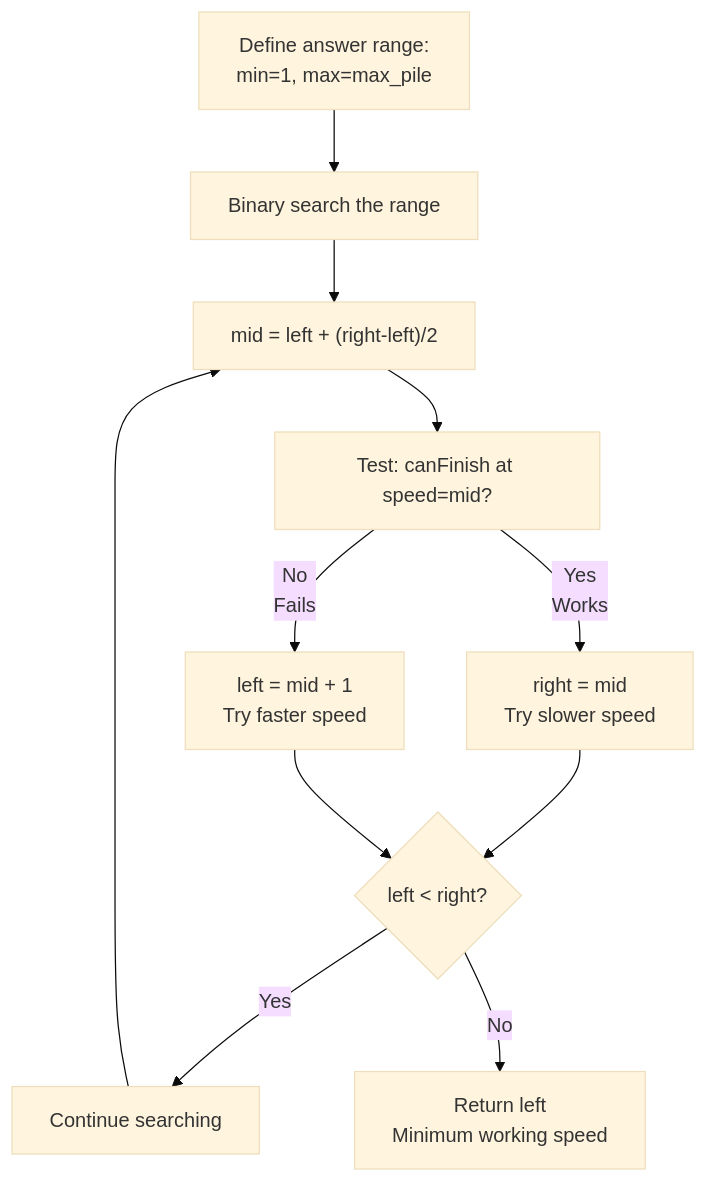
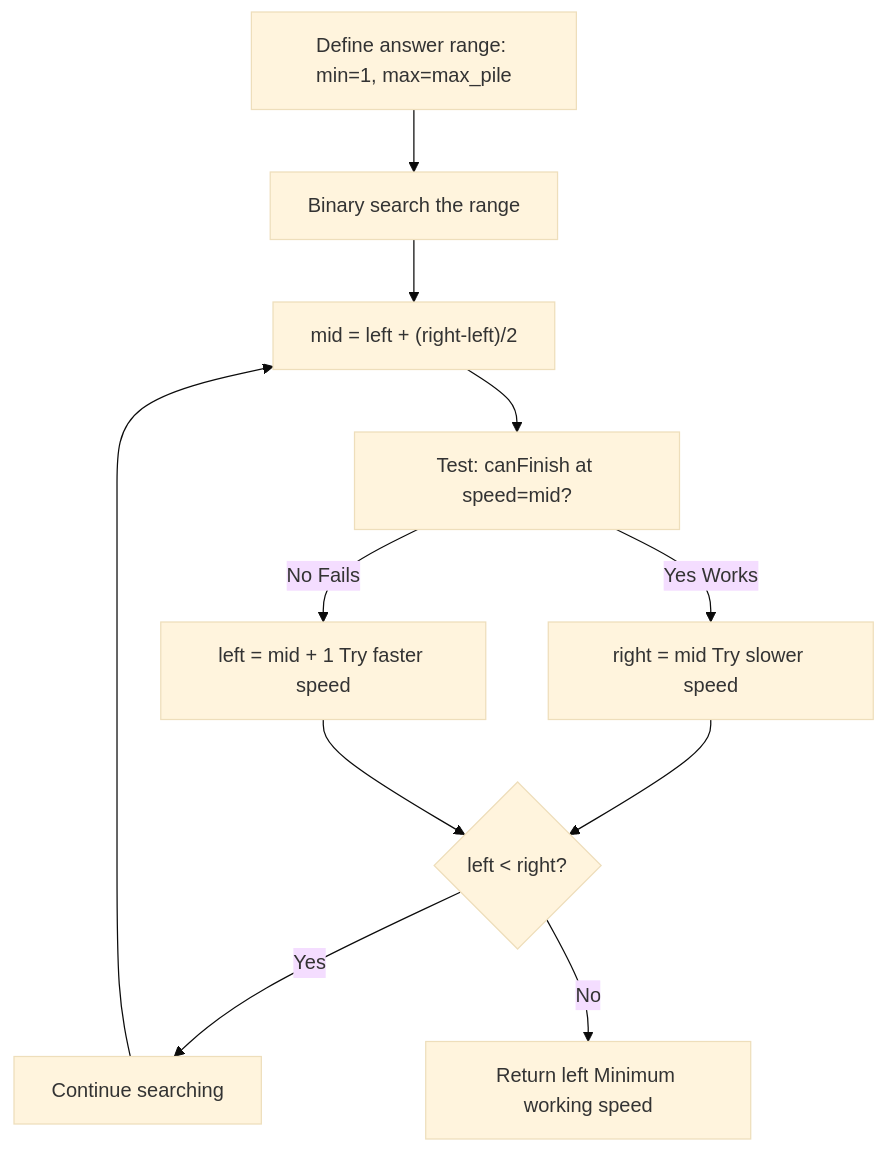
Before and after one commit to cyberstoneac/dsa_docs: the fifth of 5 diagrams in docs/binary-search.md, drawn with Mermaid (base theme). The commit also changed other lines of this file and 17 other files, not shown here.

````diff
--- a/docs/binary-search.md
+++ b/docs/binary-search.md
@@ -787,13 +722,13 @@
 ```mermaid
 graph TD
-    A["Define answer range:<br/>min=1, max=max_pile"] --> B["Binary search the range"]
+    A["Define answer range: min=1, max=max_pile"] --> B["Binary search the range"]
     B --> C["mid = left + (right-left)/2"]
     C --> D["Test: canFinish at speed=mid?"]
-    D -->|Yes<br/>Works| E["right = mid<br/>Try slower speed"]
-    D -->|No<br/>Fails| F["left = mid + 1<br/>Try faster speed"]
+    D -->|Yes Works| E["right = mid Try slower speed"]
+    D -->|No Fails| F["left = mid + 1 Try faster speed"]
     E --> G{"left < right?"}
     F --> G
     G -->|Yes| H["Continue searching"]
-    G -->|No| I["Return left<br/>Minimum working speed"]
+    G -->|No| I["Return left Minimum working speed"]
     H --> C
 ```
````
